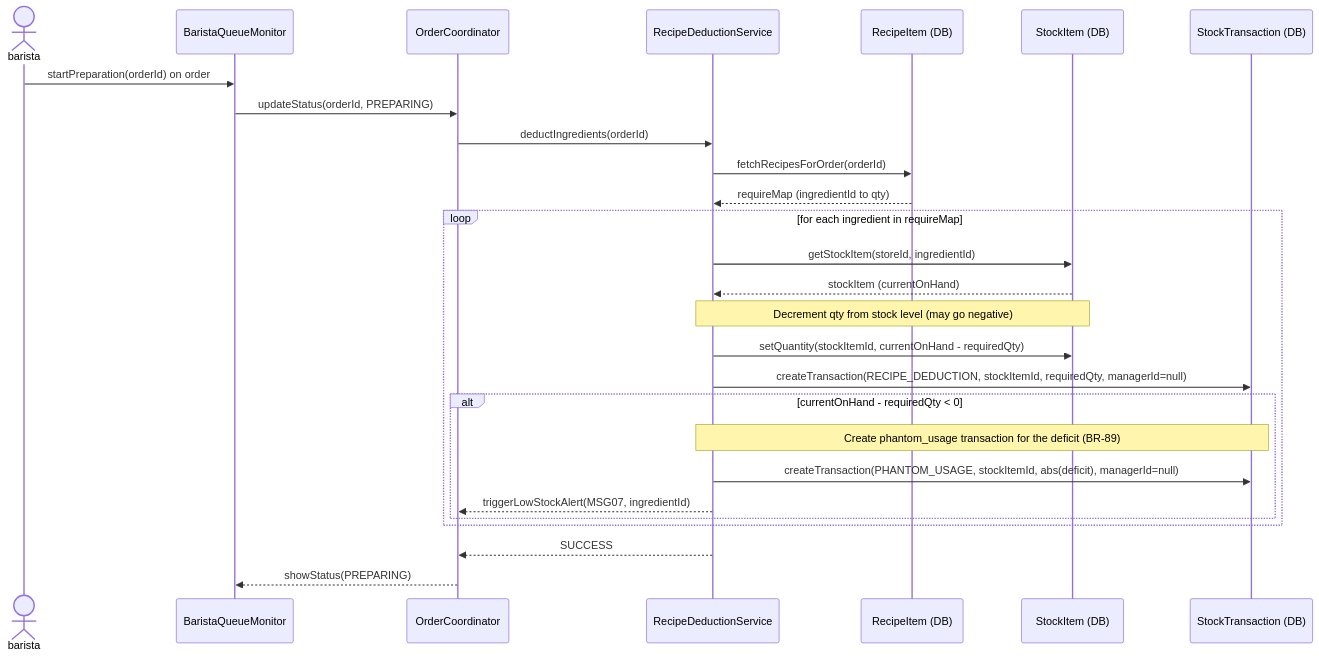
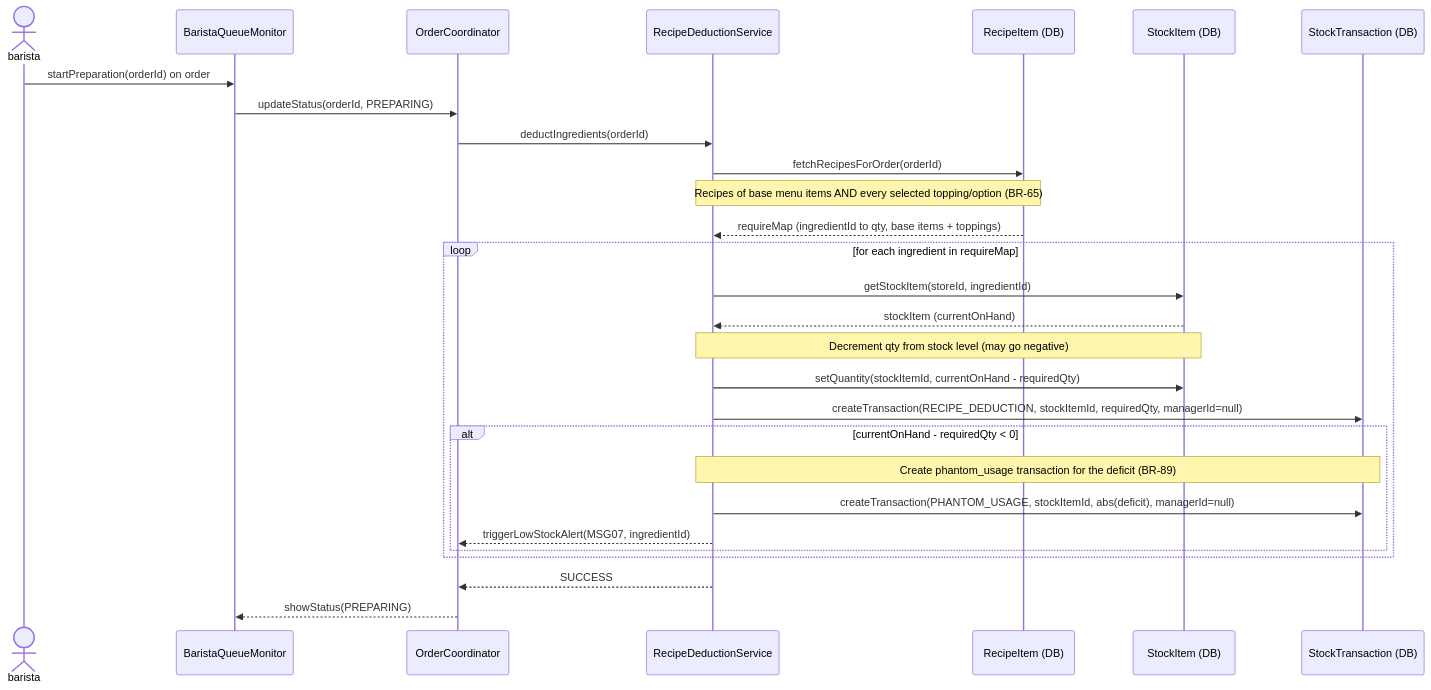
Before and after one commit to Shaichi/khoga_cafe: the sixth of 7 diagrams in docs/rds_sections/09_detailed_3_6_inventory.md, drawn with Mermaid. The commit also changed other lines of this file and 22 other files, not shown here.

````diff
--- a/docs/rds_sections/09_detailed_3_6_inventory.md
+++ b/docs/rds_sections/09_detailed_3_6_inventory.md
@@ -156,34 +212,35 @@
 ```mermaid
 sequenceDiagram
     actor barista
     participant BaristaMonitor as BaristaQueueMonitor
     participant OrderCoord as OrderCoordinator
     participant RecipeDeductSvc as RecipeDeductionService
     participant RecipeDB as RecipeItem (DB)
     participant StockItemDB as StockItem (DB)
     participant TxDB as StockTransaction (DB)
 
     barista->>BaristaMonitor: startPreparation(orderId) on order
     BaristaMonitor->>OrderCoord: updateStatus(orderId, PREPARING)
     OrderCoord->>RecipeDeductSvc: deductIngredients(orderId)
     RecipeDeductSvc->>RecipeDB: fetchRecipesForOrder(orderId)
-    RecipeDB-->>RecipeDeductSvc: requireMap (ingredientId to qty)
+    Note over RecipeDeductSvc, RecipeDB: Recipes of base menu items AND every selected topping/option (BR-65)
+    RecipeDB-->>RecipeDeductSvc: requireMap (ingredientId to qty, base items + toppings)
 
     loop for each ingredient in requireMap
         RecipeDeductSvc->>StockItemDB: getStockItem(storeId, ingredientId)
         StockItemDB-->>RecipeDeductSvc: stockItem (currentOnHand)
         
         Note over RecipeDeductSvc, StockItemDB: Decrement qty from stock level (may go negative)
         RecipeDeductSvc->>StockItemDB: setQuantity(stockItemId, currentOnHand - requiredQty)
         RecipeDeductSvc->>TxDB: createTransaction(RECIPE_DEDUCTION, stockItemId, requiredQty, managerId=null)
         
         alt currentOnHand - requiredQty < 0
             Note over RecipeDeductSvc, TxDB: Create phantom_usage transaction for the deficit (BR-89)
             RecipeDeductSvc->>TxDB: createTransaction(PHANTOM_USAGE, stockItemId, abs(deficit), managerId=null)
             RecipeDeductSvc-->>OrderCoord: triggerLowStockAlert(MSG07, ingredientId)
         end
     end
     
     RecipeDeductSvc-->>OrderCoord: SUCCESS
     OrderCoord-->>BaristaMonitor: showStatus(PREPARING)
 ```
````
